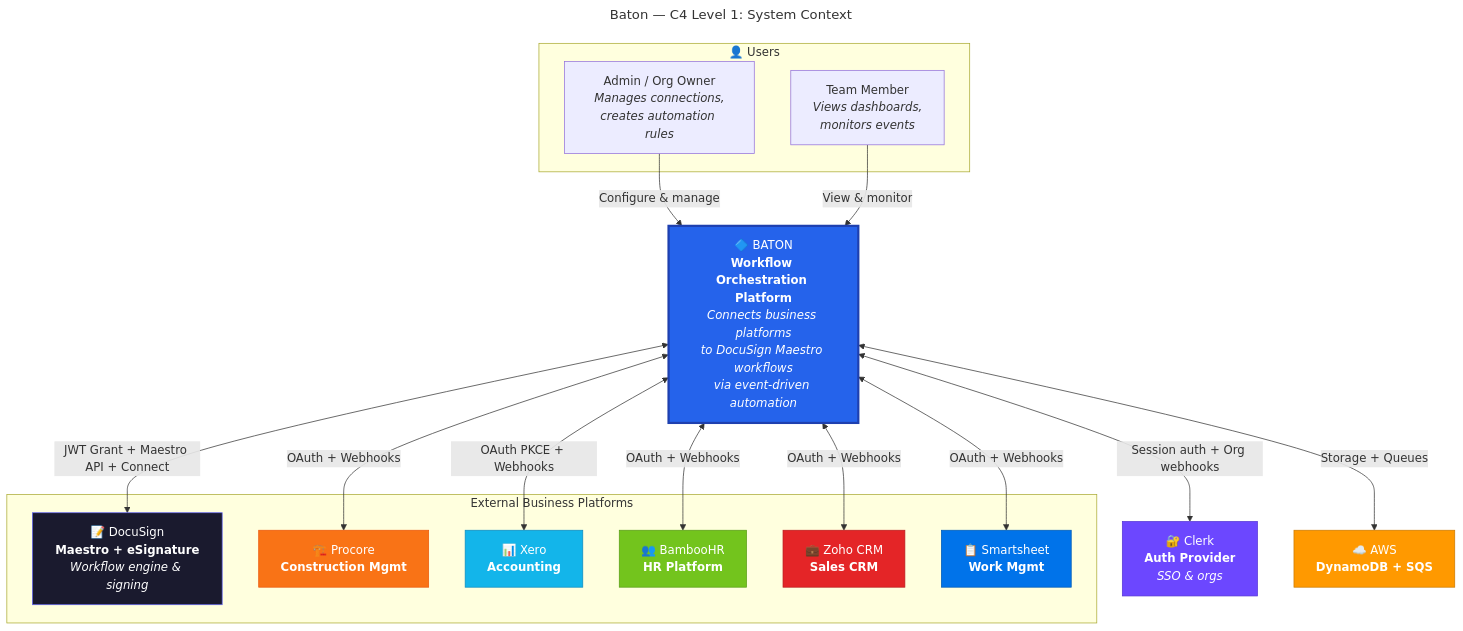
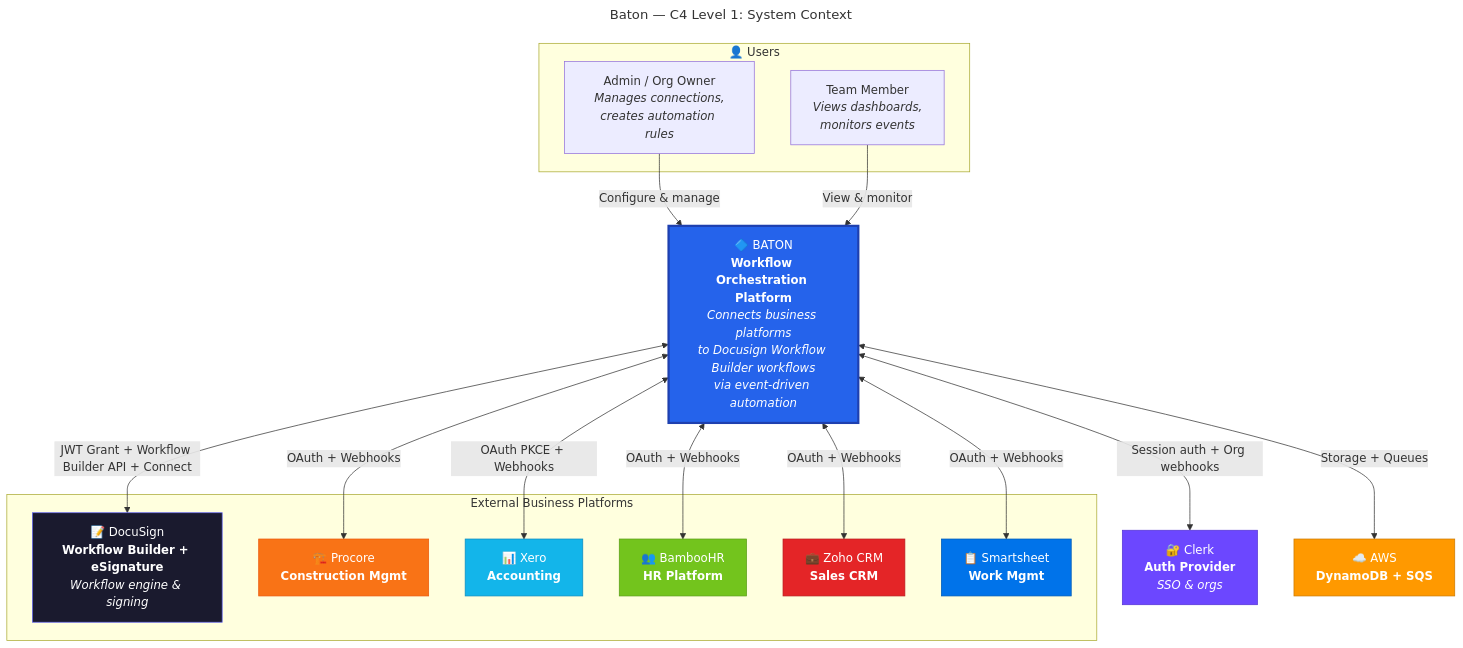
Before and after one commit to docufluidlabs/baton-core: the diagram in baton/docs/c4-context.mermaid, drawn with Mermaid. The commit also changed 100 other files, not shown here.

```diff
--- a/baton/docs/c4-context.mermaid
+++ b/baton/docs/c4-context.mermaid
@@ -1,43 +1,43 @@
 ---
 title: "Baton — C4 Level 1: System Context"
 ---
 graph TB
     subgraph users["👤 Users"]
         admin["Admin / Org Owner<br/><i>Manages connections,<br/>creates automation rules</i>"]
         member["Team Member<br/><i>Views dashboards,<br/>monitors events</i>"]
     end
 
-    baton["🔷 BATON<br/><b>Workflow Orchestration Platform</b><br/><i>Connects business platforms<br/>to DocuSign Maestro workflows<br/>via event-driven automation</i>"]
+    baton["🔷 BATON<br/><b>Workflow Orchestration Platform</b><br/><i>Connects business platforms<br/>to Docusign Workflow Builder workflows<br/>via event-driven automation</i>"]
 
     subgraph external["External Business Platforms"]
-        docusign["📝 DocuSign<br/><b>Maestro + eSignature</b><br/><i>Workflow engine &amp; signing</i>"]
+        docusign["📝 DocuSign<br/><b>Workflow Builder + eSignature</b><br/><i>Workflow engine &amp; signing</i>"]
         procore["🏗️ Procore<br/><b>Construction Mgmt</b>"]
         xero["📊 Xero<br/><b>Accounting</b>"]
         bamboo["👥 BambooHR<br/><b>HR Platform</b>"]
         zoho["💼 Zoho CRM<br/><b>Sales CRM</b>"]
         smartsheet["📋 Smartsheet<br/><b>Work Mgmt</b>"]
     end
 
     clerk["🔐 Clerk<br/><b>Auth Provider</b><br/><i>SSO &amp; orgs</i>"]
     aws["☁️ AWS<br/><b>DynamoDB + SQS</b>"]
 
     admin -->|"Configure &amp; manage"| baton
     member -->|"View &amp; monitor"| baton
     baton <-->|"OAuth + Webhooks"| procore
     baton <-->|"OAuth PKCE + Webhooks"| xero
     baton <-->|"OAuth + Webhooks"| bamboo
     baton <-->|"OAuth + Webhooks"| zoho
     baton <-->|"OAuth + Webhooks"| smartsheet
-    baton <-->|"JWT Grant + Maestro API + Connect"| docusign
+    baton <-->|"JWT Grant + Workflow Builder API + Connect"| docusign
     baton <-->|"Session auth + Org webhooks"| clerk
     baton <-->|"Storage + Queues"| aws
 
     style baton fill:#2563eb,stroke:#1e40af,color:#fff,stroke-width:3px
     style docusign fill:#1a1a2e,stroke:#6366f1,color:#fff
     style procore fill:#f97316,stroke:#ea580c,color:#fff
     style xero fill:#13b5ea,stroke:#0e8bbf,color:#fff
     style bamboo fill:#73c41d,stroke:#5a9e17,color:#fff
     style zoho fill:#e42527,stroke:#b91c1e,color:#fff
     style smartsheet fill:#0073ea,stroke:#005bb5,color:#fff
     style clerk fill:#6c47ff,stroke:#5535d4,color:#fff
     style aws fill:#ff9900,stroke:#cc7a00,color:#fff
```
